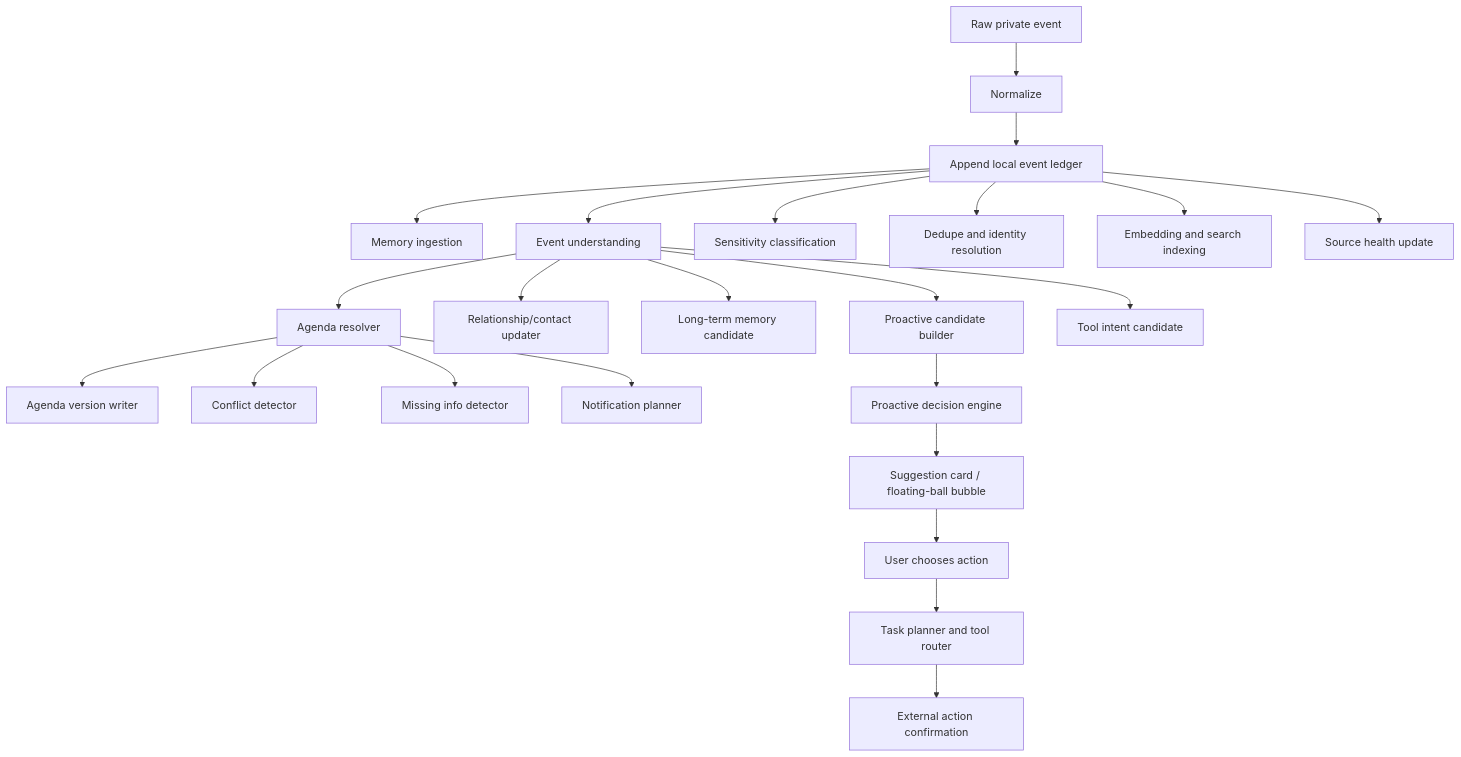
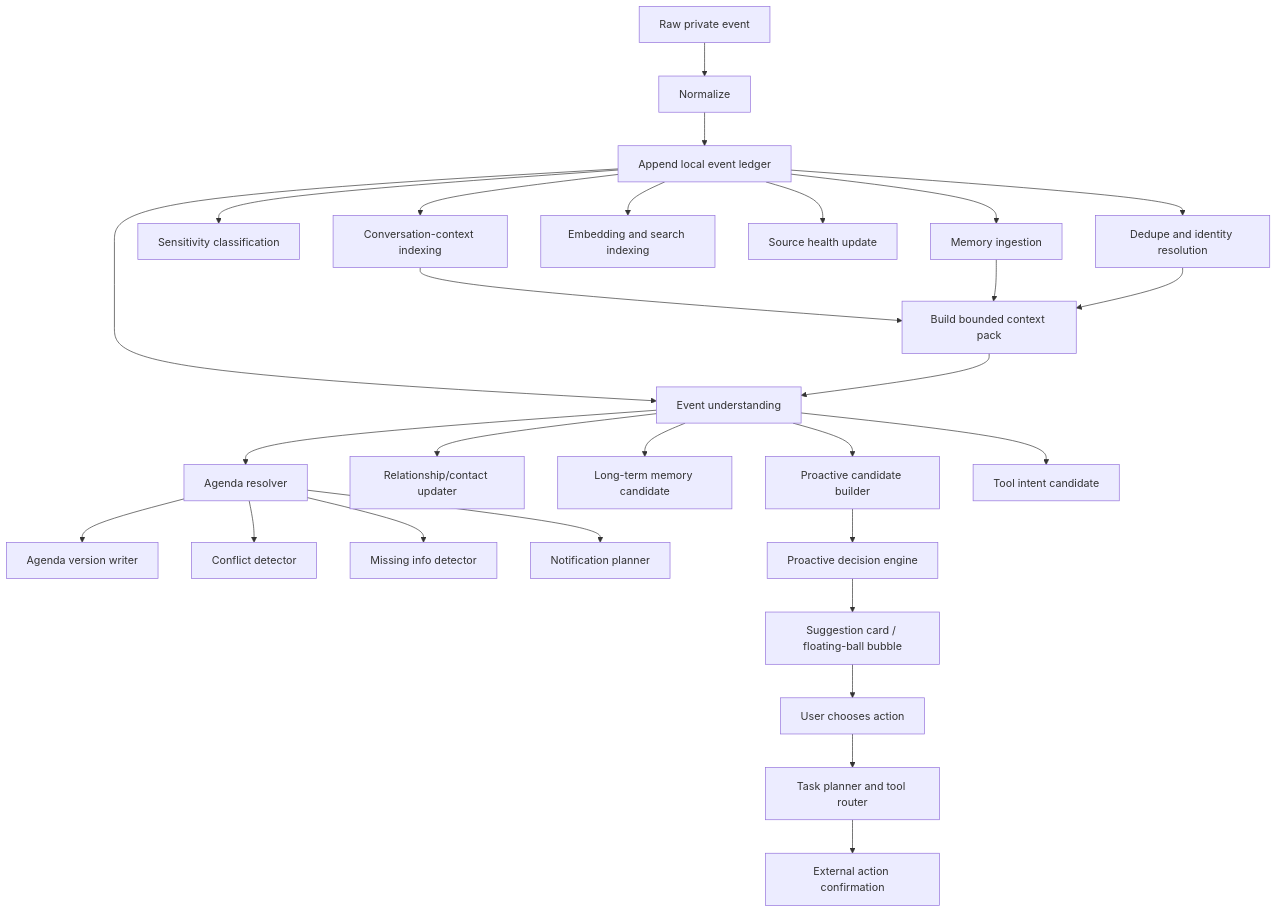
The diagram in docs/superpowers/specs/2026-05-28-private-event-processing-agenda-design.md (mrzichang2152-boop/nomi), drawn with Mermaid before and after one commit. The commit also changed other lines of this file, not shown here.

Commit message:
docs: include Nomi conversation context in event design

````diff
--- a/docs/superpowers/specs/2026-05-28-private-event-processing-agenda-design.md
+++ b/docs/superpowers/specs/2026-05-28-private-event-processing-agenda-design.md
@@ -38,28 +43,33 @@
 ```mermaid
 flowchart TD
     A["Raw private event"] --> B["Normalize"]
     B --> C["Append local event ledger"]
     C --> D1["Memory ingestion"]
     C --> D2["Event understanding"]
     C --> D3["Sensitivity classification"]
     C --> D4["Dedupe and identity resolution"]
     C --> D5["Embedding and search indexing"]
     C --> D6["Source health update"]
+    C --> D7["Conversation-context indexing"]
 
+    D7 --> X["Build bounded context pack"]
+    D1 --> X
+    D4 --> X
+    X --> D2
     D2 --> E1["Agenda resolver"]
     D2 --> E2["Relationship/contact updater"]
     D2 --> E3["Long-term memory candidate"]
     D2 --> E4["Proactive candidate builder"]
     D2 --> E5["Tool intent candidate"]
 
     E1 --> F1["Agenda version writer"]
     E1 --> F2["Conflict detector"]
     E1 --> F3["Missing info detector"]
     E1 --> F4["Notification planner"]
 
     E4 --> G["Proactive decision engine"]
     G --> H["Suggestion card / floating-ball bubble"]
     H --> I["User chooses action"]
     I --> J["Task planner and tool router"]
     J --> K["External action confirmation"]
 ```
````
